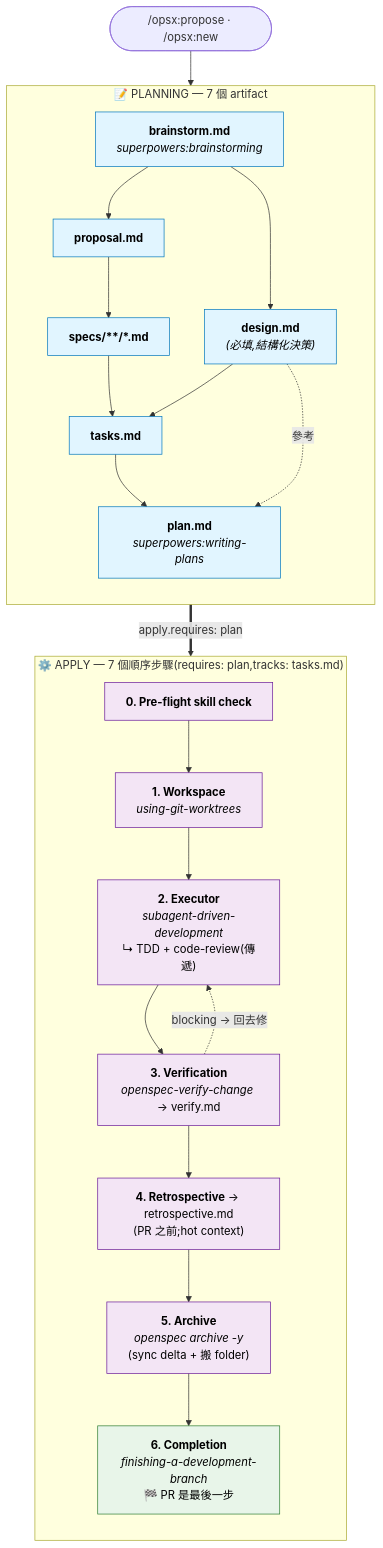
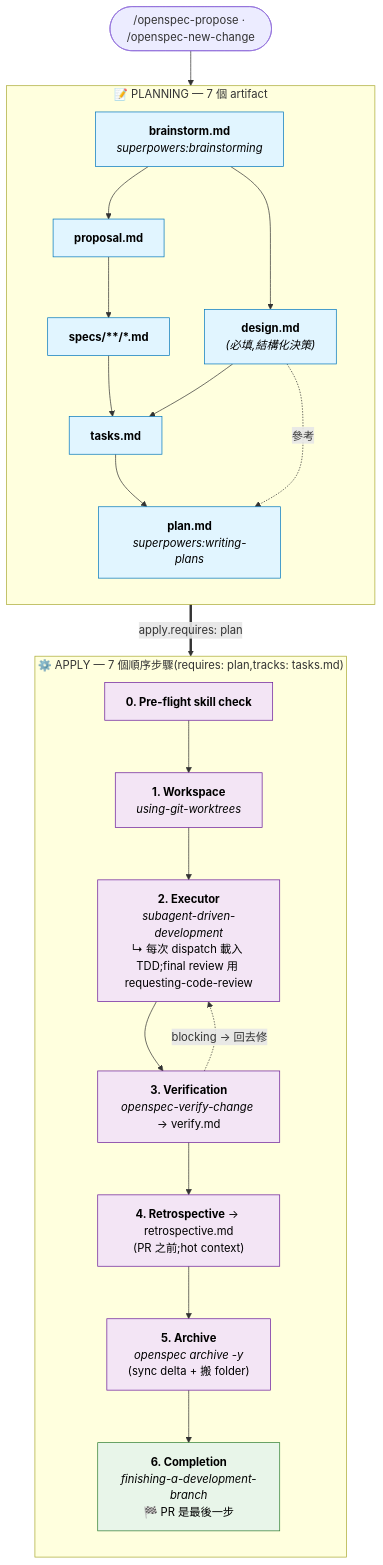
Before and after one commit to JiangWay/openspec-schemas: the diagram in superpowers-bridge/README.zh-TW.md, drawn with Mermaid. The commit also changed other lines of this file and 9 other files, not shown here.

````diff
--- a/superpowers-bridge/README.zh-TW.md
+++ b/superpowers-bridge/README.zh-TW.md
@@ -221,48 +221,48 @@
 ```mermaid
 flowchart TD
-    Start([/opsx:propose · /opsx:new])
+    Start([/openspec-propose · /openspec-new-change])
 
     subgraph Plan ["📝 PLANNING — 7 個 artifact"]
         direction TB
         BS["<b>brainstorm.md</b><br/><i>superpowers:brainstorming</i>"]
         PROP["<b>proposal.md</b>"]
         DES["<b>design.md</b><br/><i>(必填,結構化決策)</i>"]
         SP["<b>specs/**/*.md</b>"]
         TK["<b>tasks.md</b>"]
         PL["<b>plan.md</b><br/><i>superpowers:writing-plans</i>"]
 
         BS --> PROP
         BS --> DES
         PROP --> SP
         SP --> TK
         DES --> TK
         TK --> PL
         DES -. 參考 .-> PL
     end
 
     subgraph Apply ["⚙️ APPLY — 7 個順序步驟(requires: plan,tracks: tasks.md)"]
         direction TB
         A0["<b>0. Pre-flight skill check</b>"]
         A1["<b>1. Workspace</b><br/><i>using-git-worktrees</i>"]
-        A2["<b>2. Executor</b><br/><i>subagent-driven-development</i><br/>↳ TDD + code-review(傳遞)"]
+        A2["<b>2. Executor</b><br/><i>subagent-driven-development</i><br/>↳ 每次 dispatch 載入 TDD;final review 用 requesting-code-review"]
         A3["<b>3. Verification</b><br/><i>openspec-verify-change</i> → verify.md"]
         A4["<b>4. Retrospective</b> → retrospective.md<br/>(PR 之前;hot context)"]
         A5["<b>5. Archive</b><br/><i>openspec archive -y</i><br/>(sync delta + 搬 folder)"]
         A6["<b>6. Completion</b><br/><i>finishing-a-development-branch</i><br/>🏁 PR 是最後一步"]
 
         A0 --> A1 --> A2 --> A3
         A3 -. blocking → 回去修 .-> A2
         A3 --> A4 --> A5 --> A6
     end
 
     Start --> BS
     PL ==>|apply.requires: plan| A0
 
     classDef artifact fill:#e1f5ff,stroke:#0277bd,color:#000
     classDef step fill:#f3e5f5,stroke:#6a1b9a,color:#000
     classDef capstone fill:#e8f5e9,stroke:#2e7d32,color:#000
 
     class BS,PROP,DES,SP,TK,PL artifact
     class A0,A1,A2,A3,A4,A5 step
     class A6 capstone
 ```
````
